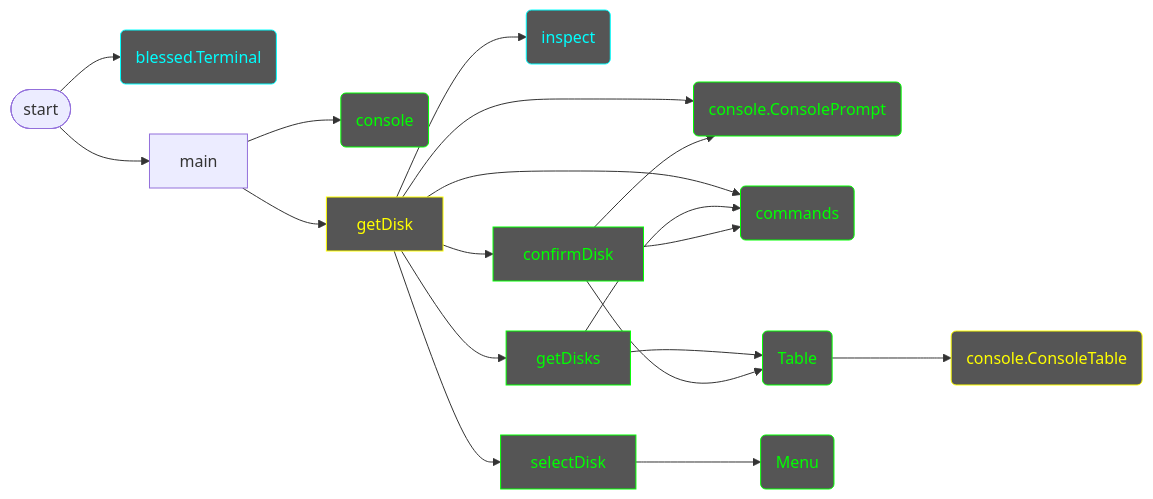
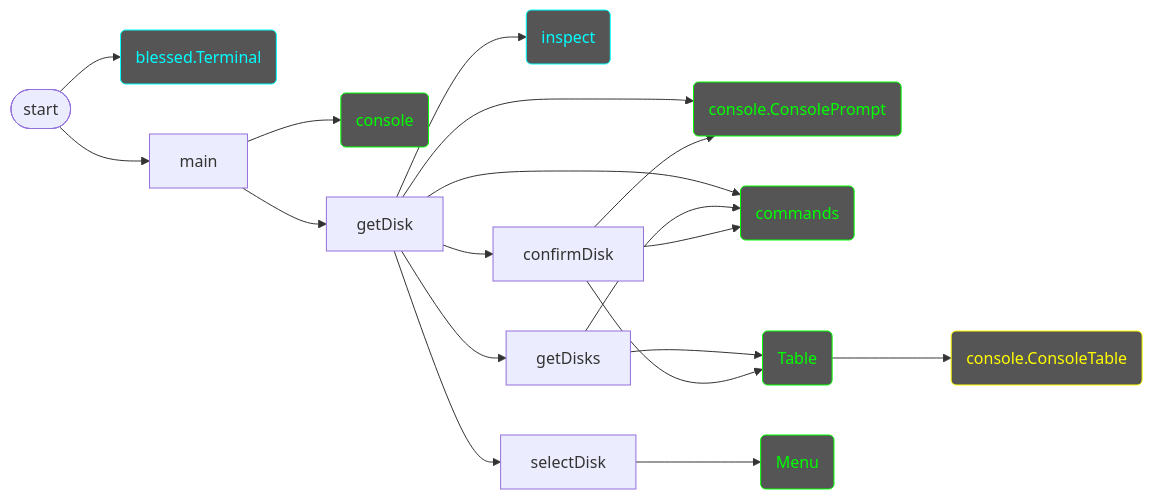
Before and after one commit to 7s4e/p3: the diagram in scripts/get_disk/design.md, drawn with Mermaid. The commit also changed 1 other file, not shown here.

Commit message:
draw ConsoleTable

````diff
--- a/scripts/get_disk/design.md
+++ b/scripts/get_disk/design.md
@@ -2,41 +2,41 @@
 ```mermaid
 flowchart LR
     classDef complete color:#0f0,stroke:#0f0,fill:#555
     classDef working color:#ff0,stroke:#ff0,fill:#555
     classDef library color:#0ff,stroke:#0ff,fill:#555
 
     %% Structure
     IF([start])
         IF --> TRM
         IF --> MAIN
     MAIN[main]
         MAIN --> CON
         MAIN --> GD
-    GD[getDisk]:::working
+    GD[getDisk]
         GD --> INSP
         GD --> GDS
         GD --> CCP
         GD --> SD
         GD --> CD
         GD --> CMD
-    GDS[getDisks]:::complete
+    GDS[getDisks]
         GDS --> CMD
         GDS --> TBL
-    SD[selectDisk]:::complete
+    SD[selectDisk]
         SD --> MNU
-    CD[confirmDisk]:::complete
+    CD[confirmDisk]
         CD --> CMD
         CD --> TBL
         CD --> CCP
 
     %% Modules
     TRM(blessed.Terminal):::library
     INSP(inspect):::library
     CMD(commands):::complete
     CON(console):::complete
     CCP(console.ConsolePrompt):::complete
     CCT(console.ConsoleTable):::working
     TBL(Table):::complete
         TBL --> CCT
     MNU(Menu):::complete
 ```
````
